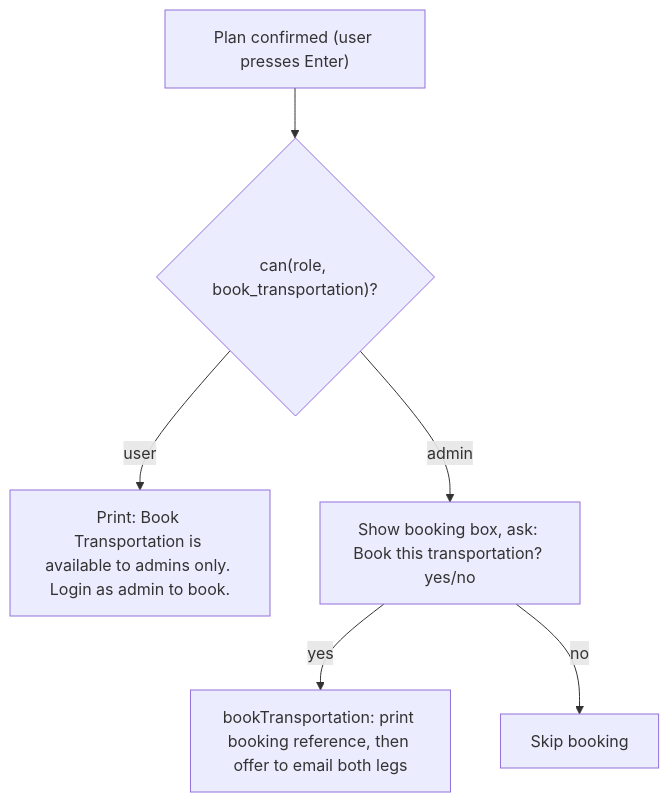
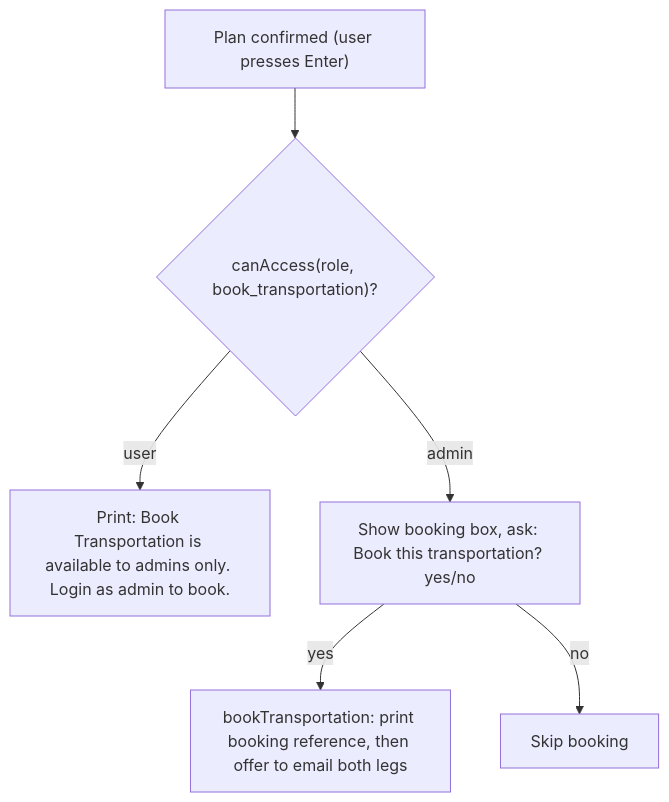
Before and after one commit to dharshini2022/AI: the second of 2 diagrams in Agents/assignments/travel_agent/agentic_spin_up/concepts/architecture/rbac.md, drawn with Mermaid. The commit also changed other lines of this file and 13 other files, not shown here.

````diff
--- a/Agents/assignments/travel_agent/agentic_spin_up/concepts/architecture/rbac.md
+++ b/Agents/assignments/travel_agent/agentic_spin_up/concepts/architecture/rbac.md
@@ -47,8 +47,8 @@
 ```mermaid
 flowchart TD
-    A["Plan confirmed (user presses Enter)"] --> B{"can(role, book_transportation)?"}
+    A["Plan confirmed (user presses Enter)"] --> B{"canAccess(role, book_transportation)?"}
     B -- user --> C["Print: Book Transportation is available to admins only. Login as admin to book."]
     B -- admin --> D["Show booking box, ask: Book this transportation? yes/no"]
     D -- yes --> E["bookTransportation: print booking reference, then offer to email both legs"]
     D -- no --> F["Skip booking"]
 ```
````
